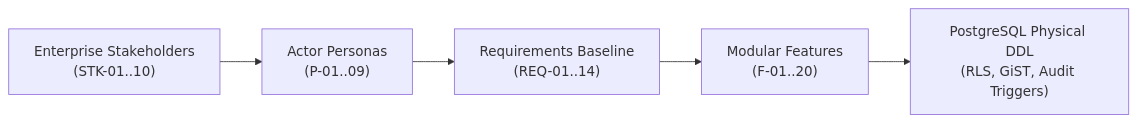
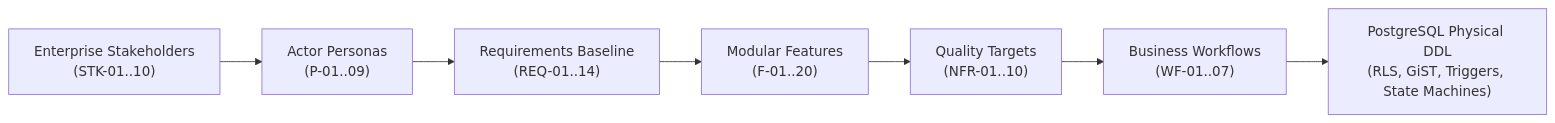
Before and after one commit to Lathmoksh/Talencia_documentary: the diagram in README.md, drawn with Mermaid. The commit also changed other lines of this file and 14 other files, not shown here.

````diff
--- a/README.md
+++ b/README.md
@@ -107,8 +144,10 @@
 ```mermaid
 flowchart LR
     STK["Enterprise Stakeholders\n(STK-01..10)"] 
     --> ACT["Actor Personas\n(P-01..09)"]
     ACT --> REQ["Requirements Baseline\n(REQ-01..14)"]
     REQ --> FEAT["Modular Features\n(F-01..20)"]
-    FEAT --> DDL["PostgreSQL Physical DDL\n(RLS, GiST, Audit Triggers)"]
+    FEAT --> NFR["Quality Targets\n(NFR-01..10)"]
+    NFR --> WF["Business Workflows\n(WF-01..07)"]
+    WF --> DDL["PostgreSQL Physical DDL\n(RLS, GiST, Triggers, State Machines)"]
 ```
````
